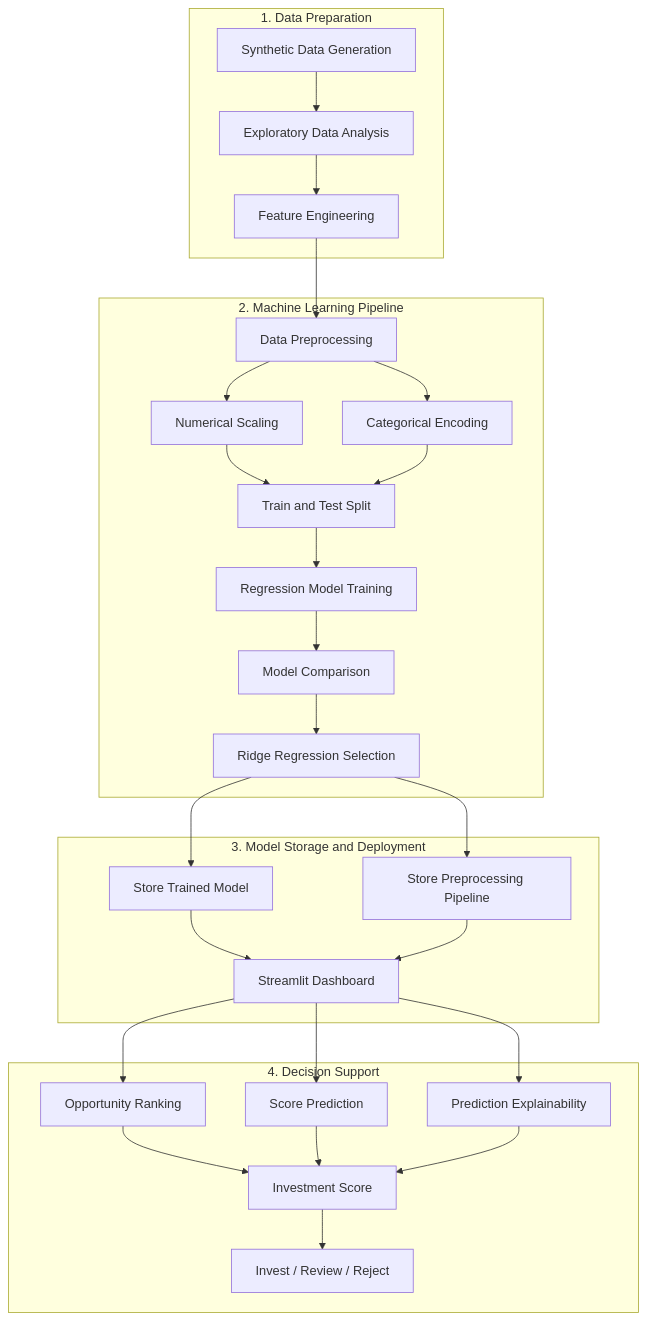
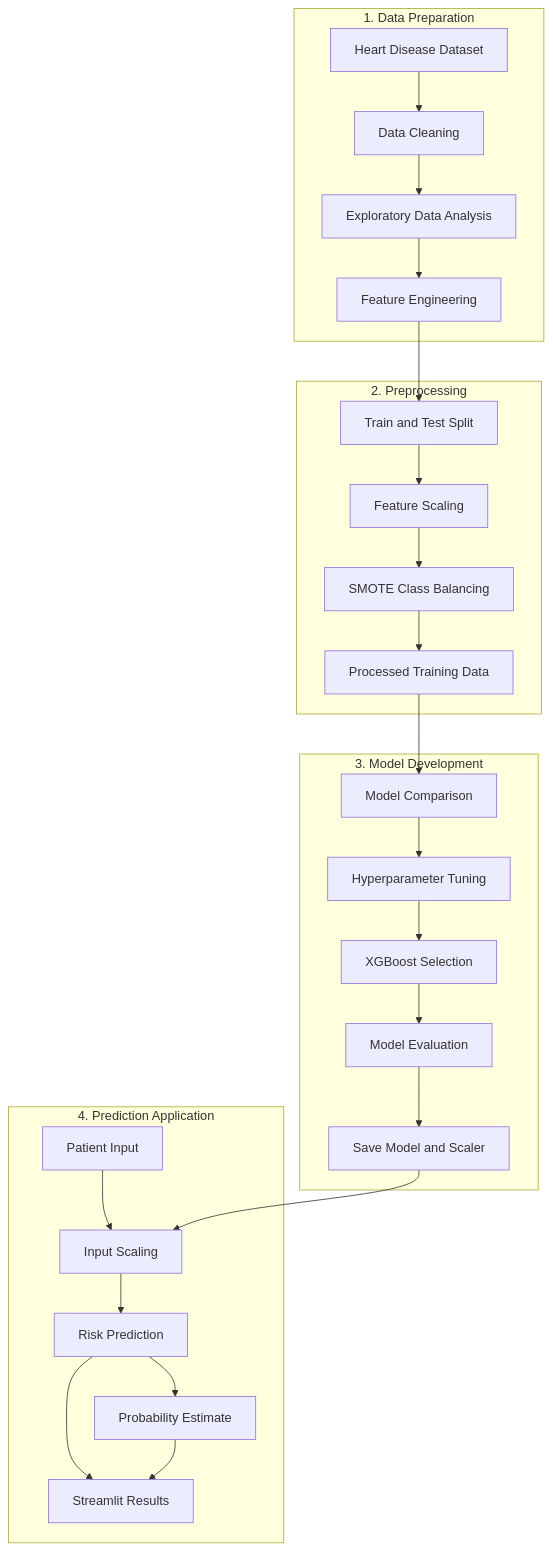
One commit to Azoqoz/heart-disease-risk-prediction changed the diagram in README.md. Above: the diagram before and after it, drawn with Mermaid. The commit also changed other lines of this file, not shown here.

````diff
--- a/README.md
+++ b/README.md
@@ -141,55 +111,47 @@
 ```mermaid
 flowchart TD
     subgraph A["1. Data Preparation"]
-        A1[Synthetic Data Generation]
-        A2[Exploratory Data Analysis]
-        A3[Feature Engineering]
+        A1[Heart Disease Dataset]
+        A2[Data Cleaning]
+        A3[Exploratory Data Analysis]
+        A4[Feature Engineering]
 
-        A1 --> A2 --> A3
+        A1 --> A2 --> A3 --> A4
     end
 
-    subgraph B["2. Machine Learning Pipeline"]
-        B1[Data Preprocessing]
-        B2[Numerical Scaling]
-        B3[Categorical Encoding]
-        B4[Train and Test Split]
-        B5[Regression Model Training]
-        B6[Model Comparison]
-        B7[Ridge Regression Selection]
+    subgraph B["2. Preprocessing"]
+        B1[Train and Test Split]
+        B2[Feature Scaling]
+        B3[SMOTE Class Balancing]
+        B4[Processed Training Data]
 
-        B1 --> B2
-        B1 --> B3
-        B2 --> B4
-        B3 --> B4
-        B4 --> B5 --> B6 --> B7
+        B1 --> B2 --> B3 --> B4
     end
 
-    subgraph C["3. Model Storage and Deployment"]
-        C1[Store Trained Model]
-        C2[Store Preprocessing Pipeline]
-        C3[Streamlit Dashboard]
+    subgraph C["3. Model Development"]
+        C1[Model Comparison]
+        C2[Hyperparameter Tuning]
+        C3[XGBoost Selection]
+        C4[Model Evaluation]
+        C5[Save Model and Scaler]
 
-        C1 --> C3
-        C2 --> C3
+        C1 --> C2 --> C3 --> C4 --> C5
     end
 
-    subgraph D["4. Decision Support"]
-        D1[Opportunity Ranking]
-        D2[Score Prediction]
-        D3[Prediction Explainability]
-        D4[Investment Score]
-        D5[Invest / Review / Reject]
+    subgraph D["4. Prediction Application"]
+        D1[Patient Input]
+        D2[Input Scaling]
+        D3[Risk Prediction]
+        D4[Probability Estimate]
+        D5[Streamlit Results]
 
-        D1 --> D4
-        D2 --> D4
+        D1 --> D2 --> D3
         D3 --> D4
+        D3 --> D5
         D4 --> D5
     end
 
-    A3 --> B1
-    B7 --> C1
-    B7 --> C2
-    C3 --> D1
-    C3 --> D2
-    C3 --> D3
+    A4 --> B1
+    B4 --> C1
+    C5 --> D2
 ```
````
